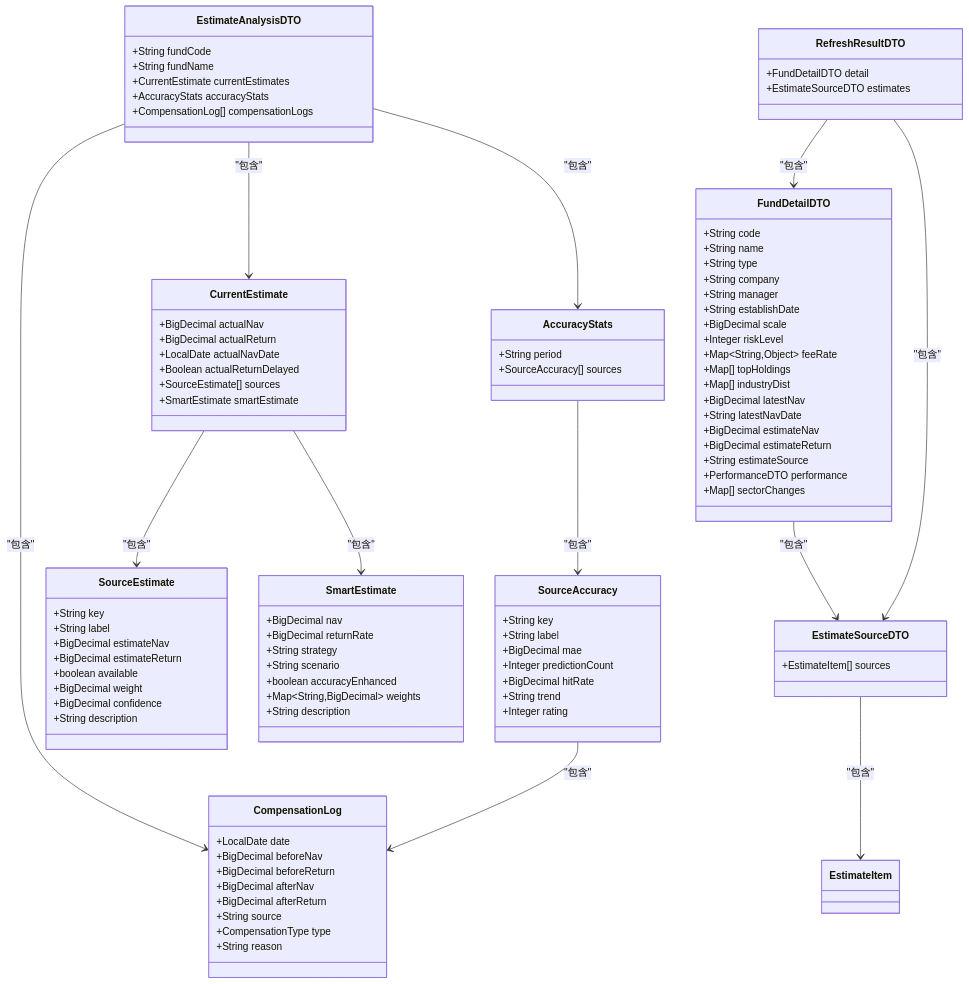
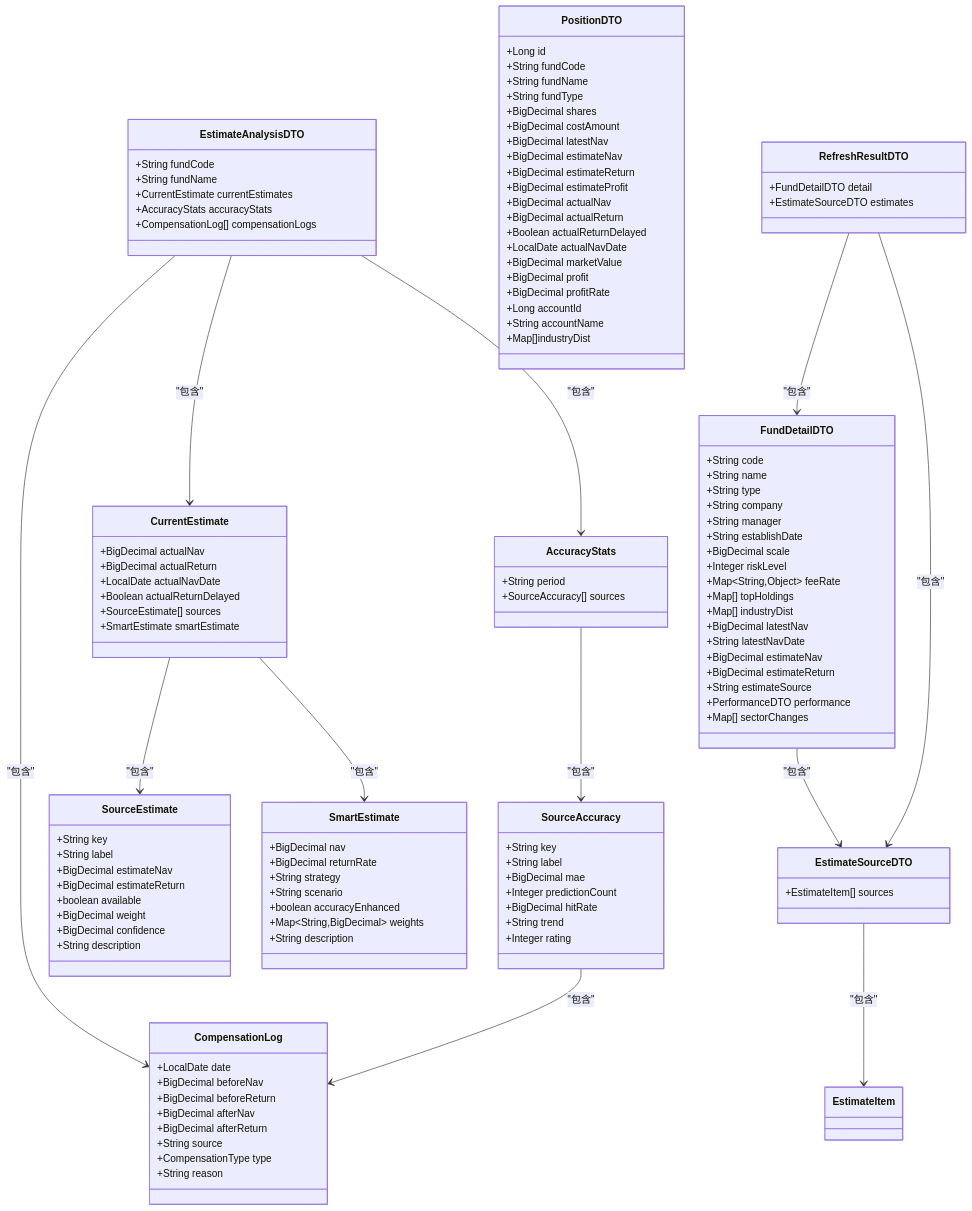
Before and after one commit to gree-coder/fund-butler: the fourth of 28 diagrams in .qoder/repowiki/zh/content/核心功能开发/FundController增强.md, drawn with Mermaid. The commit also changed other lines of this file and 7 other files, not shown here.

```diff
--- a/.qoder/repowiki/zh/content/核心功能开发/FundController增强.md
+++ b/.qoder/repowiki/zh/content/核心功能开发/FundController增强.md
@@ -233,6 +280,28 @@
 +CurrentEstimate currentEstimates
 +AccuracyStats accuracyStats
 +CompensationLog[] compensationLogs
+}
+class PositionDTO {
++Long id
++String fundCode
++String fundName
++String fundType
++BigDecimal shares
++BigDecimal costAmount
++BigDecimal latestNav
++BigDecimal estimateNav
++BigDecimal estimateReturn
++BigDecimal estimateProfit
++BigDecimal actualNav
++BigDecimal actualReturn
++Boolean actualReturnDelayed
++LocalDate actualNavDate
++BigDecimal marketValue
++BigDecimal profit
++BigDecimal profitRate
++Long accountId
++String accountName
++Map[]industryDist
 }
 class CurrentEstimate {
 +BigDecimal actualNav
```
